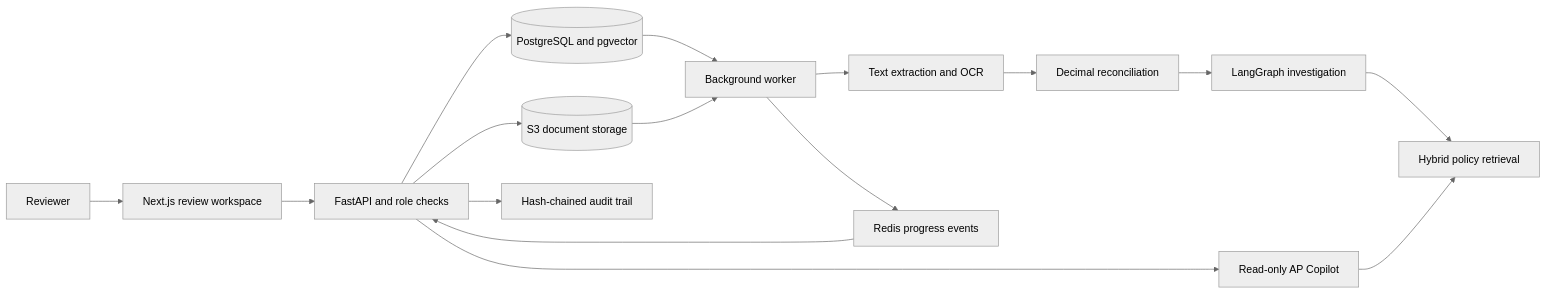
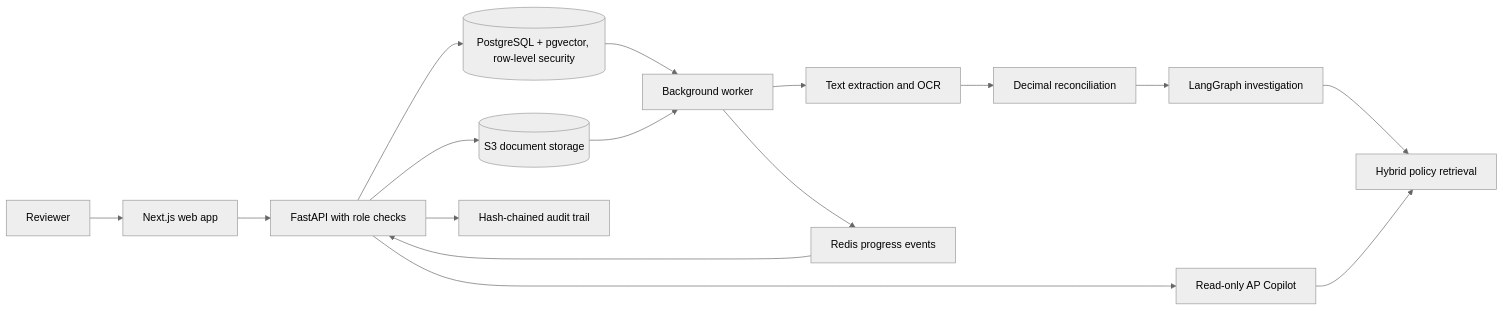
Before and after one commit to EliyahuEden/InvoiceFlow-AI-Powered-Financial-Document-Processing: the diagram in README.md, drawn with Mermaid (neutral theme). The commit also changed other lines of this file and 155 other files, not shown here.

````diff
--- a/README.md
+++ b/README.md
@@ -62,18 +57,18 @@
 ```mermaid
 flowchart LR
-    Reviewer[Reviewer] --> Web[Next.js review workspace]
-    Web --> API[FastAPI and role checks]
-    API --> DB[(PostgreSQL and pgvector)]
+    Reviewer[Reviewer] --> Web[Next.js web app]
+    Web --> API[FastAPI with role checks]
+    API --> DB[(PostgreSQL + pgvector, row-level security)]
     API --> Files[(S3 document storage)]
     DB --> Worker[Background worker]
     Files --> Worker
     Worker --> Extract[Text extraction and OCR]
     Extract --> Match[Decimal reconciliation]
     Match --> Agent[LangGraph investigation]
     Agent --> Knowledge[Hybrid policy retrieval]
     API --> Copilot[Read-only AP Copilot]
     Copilot --> Knowledge
     Worker --> Live[Redis progress events]
     Live --> API
     API --> Audit[Hash-chained audit trail]
 ```
````
